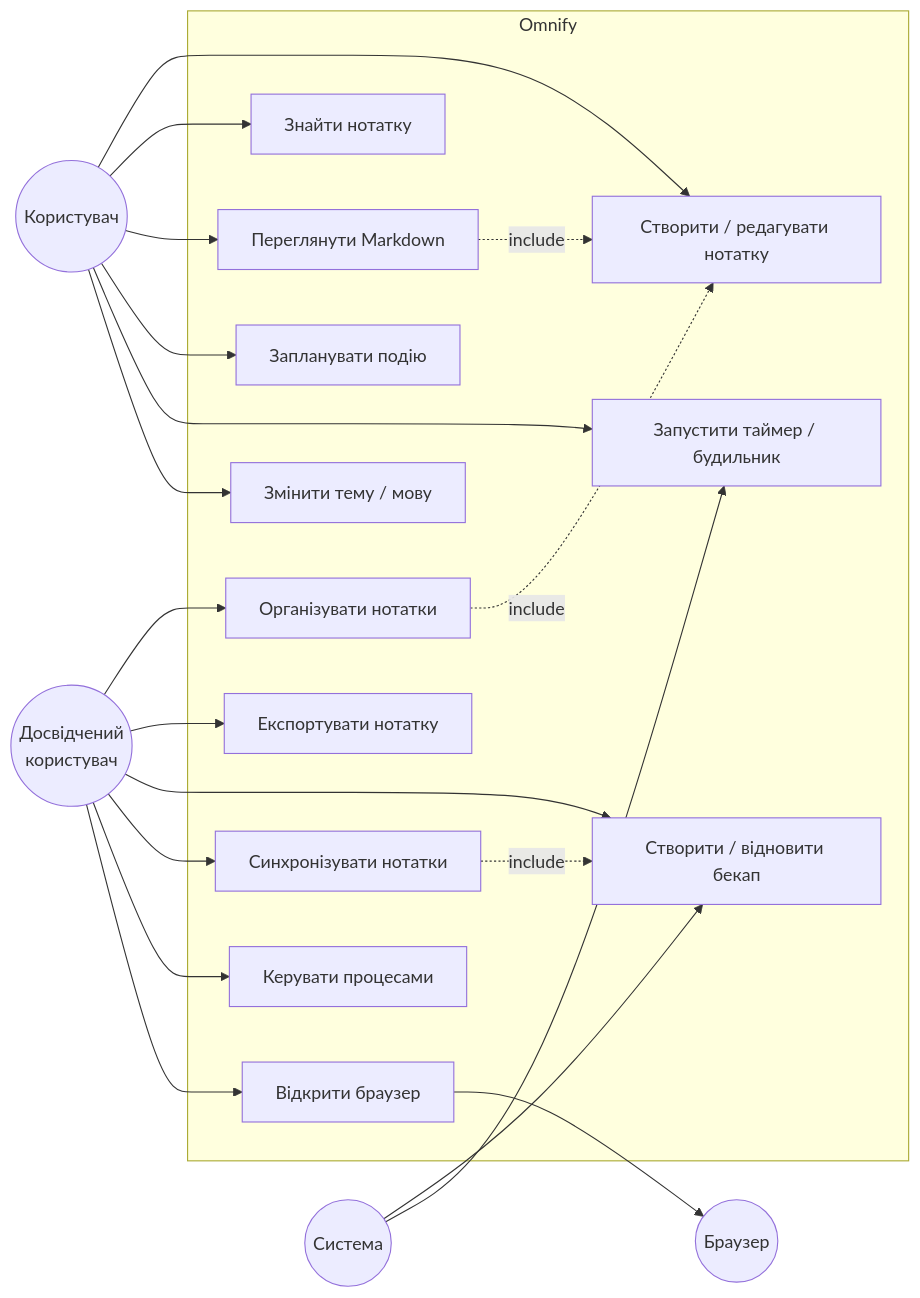
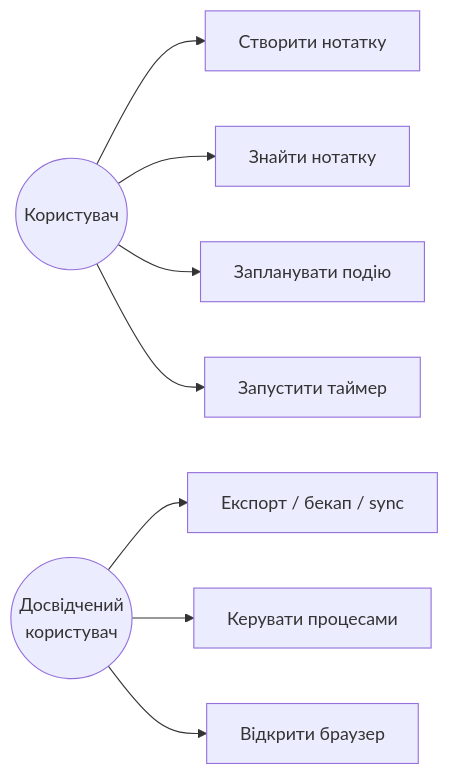
The second of 3 diagrams in ПРАКТИЧНІ_РОБОТИ.md (asdjfhaisufheirufiaref/omnify), drawn with Mermaid before and after one commit. The commit also changed other lines of this file, not shown here.

````diff
--- a/ПРАКТИЧНІ_РОБОТИ.md
+++ b/ПРАКТИЧНІ_РОБОТИ.md
@@ -711,41 +132,12 @@
 ```mermaid
 flowchart LR
     U((Користувач))
     A((Досвідчений<br/>користувач))
-    S((Система))
-    B((Браузер))
-
-    subgraph Omnify["Omnify"]
-        UC1["Створити / редагувати нотатку"]
-        UC2["Організувати нотатки"]
-        UC3["Знайти нотатку"]
-        UC4["Переглянути Markdown"]
-        UC5["Експортувати нотатку"]
-        UC6["Створити / відновити бекап"]
-        UC7["Синхронізувати нотатки"]
-        UC8["Запланувати подію"]
-        UC9["Запустити таймер / будильник"]
-        UC10["Керувати процесами"]
-        UC11["Змінити тему / мову"]
-        UC12["Відкрити браузер"]
-    end
-
-    U --> UC1
-    U --> UC3
-    U --> UC4
-    U --> UC8
-    U --> UC9
-    U --> UC11
-    A --> UC2
-    A --> UC5
-    A --> UC6
-    A --> UC7
-    A --> UC10
-    A --> UC12
-    S --> UC6
-    S --> UC9
-    UC12 --> B
-    UC2 -.->|include| UC1
-    UC4 -.->|include| UC1
-    UC7 -.->|include| UC6
+    U --> UC1[Створити нотатку]
+    U --> UC2[Знайти нотатку]
+    U --> UC3[Запланувати подію]
+    U --> UC4[Запустити таймер]
+    A --> UC5[Експорт / бекап / sync]
+    A --> UC6[Керувати процесами]
+    A --> UC7[Відкрити браузер]
 ```
````
